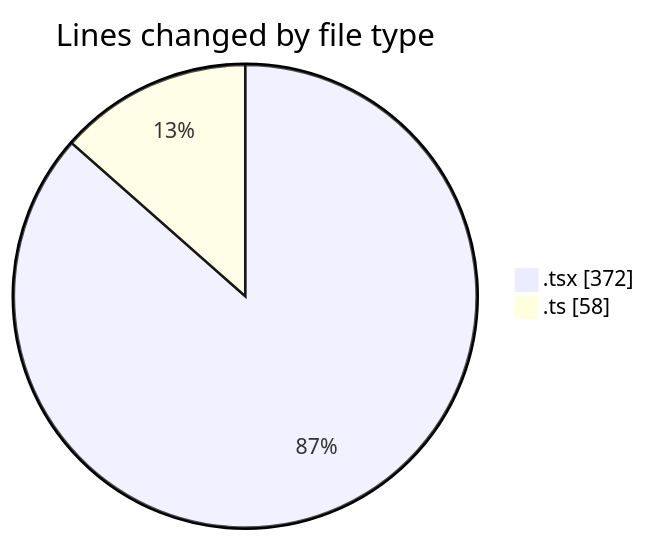
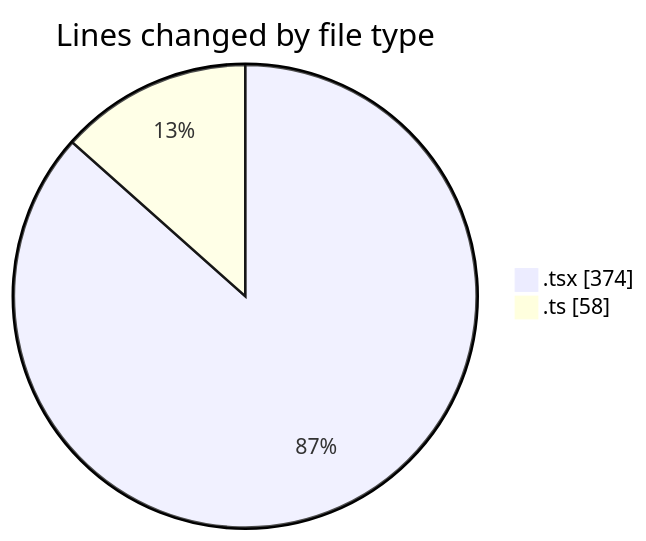
The first of 2 diagrams in 2026-04-17/airfeed-analytics-dashboard/README.md (nxtqubesakshisongat/code-tracking), drawn with Mermaid before and after one commit. The commit also changed other lines of this file and 1 other file, not shown here.

````diff
--- a/2026-04-17/airfeed-analytics-dashboard/README.md
+++ b/2026-04-17/airfeed-analytics-dashboard/README.md
@@ -22,6 +22,6 @@
 ```mermaid
 pie showData
 title Lines changed by file type
-".tsx" : 372
+".tsx" : 374
 ".ts" : 58
 ```
````
